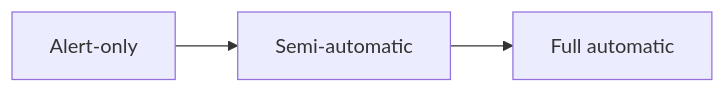
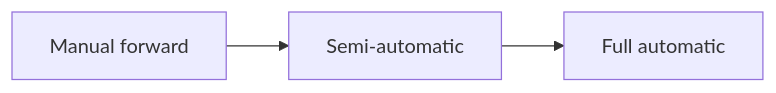
The second of 2 diagrams in docs/RFBC_V10_MASTER_SYSTEM_MANUAL.md (DouglasBagambe/rfbc-backtest), drawn with Mermaid before and after one commit. The commit also changed other lines of this file, not shown here.

Commit message:
Update RFBC master manual to final manual-forward status

````diff
--- a/docs/RFBC_V10_MASTER_SYSTEM_MANUAL.md
+++ b/docs/RFBC_V10_MASTER_SYSTEM_MANUAL.md
@@ -162,5 +209,5 @@
 ```mermaid
 flowchart LR
-    A[Alert-only] --> B[Semi-automatic]
+    A[Manual forward] --> B[Semi-automatic]
     B --> C[Full automatic]
 ```
````
